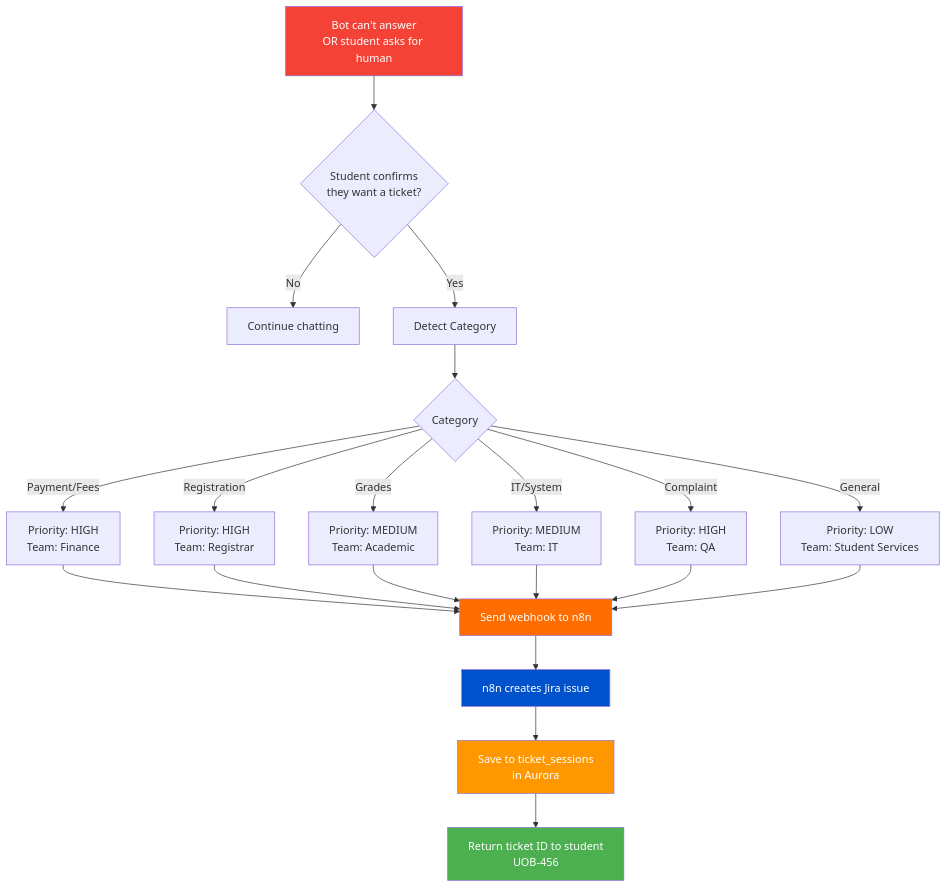
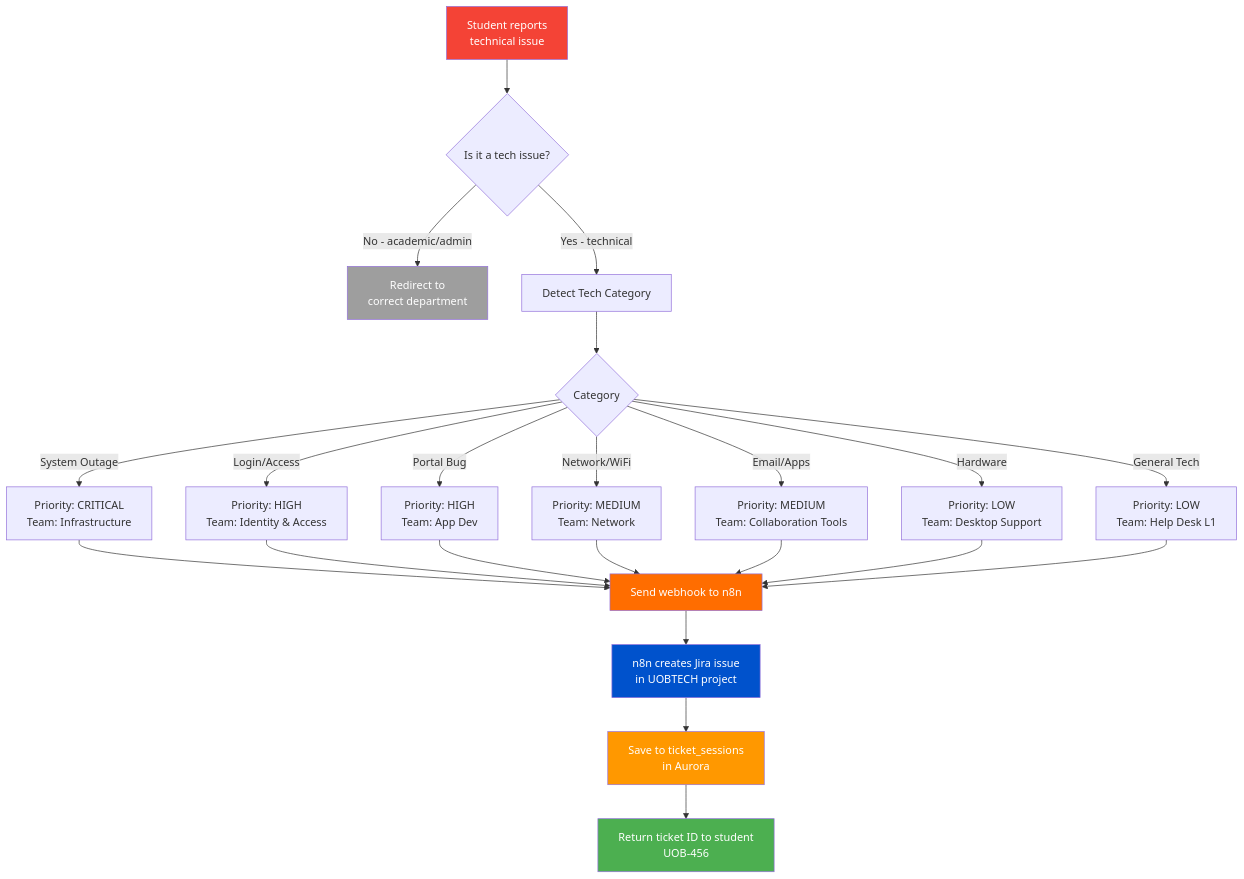
Before and after one commit to xAbdullaShaker/Jira-AI: the fifth of 13 diagrams in ARCHITECTURE.md, drawn with Mermaid. The commit also changed other lines of this file and 1 other file, not shown here.

First line of the commit message:
Refocus Jira integration as tech support ticketing system

````diff
--- a/ARCHITECTURE.md
+++ b/ARCHITECTURE.md
@@ -143,27 +143,29 @@
 ```mermaid
 flowchart TD
-    A[Bot can't answer\nOR student asks for human] --> B{Student confirms\nthey want a ticket?}
+    A[Student reports\ntechnical issue] --> B{Is it a tech issue?}
     
-    B -->|No| C[Continue chatting]
-    B -->|Yes| D[Detect Category]
+    B -->|No - academic/admin| C[Redirect to\ncorrect department]
+    B -->|Yes - technical| D[Detect Tech Category]
     
     D --> E{Category}
-    E -->|Payment/Fees| F[Priority: HIGH\nTeam: Finance]
-    E -->|Registration| G[Priority: HIGH\nTeam: Registrar]
-    E -->|Grades| H[Priority: MEDIUM\nTeam: Academic]
-    E -->|IT/System| I[Priority: MEDIUM\nTeam: IT]
-    E -->|Complaint| J[Priority: HIGH\nTeam: QA]
-    E -->|General| K[Priority: LOW\nTeam: Student Services]
+    E -->|System Outage| F[Priority: CRITICAL\nTeam: Infrastructure]
+    E -->|Login/Access| G[Priority: HIGH\nTeam: Identity & Access]
+    E -->|Portal Bug| H[Priority: HIGH\nTeam: App Dev]
+    E -->|Network/WiFi| I[Priority: MEDIUM\nTeam: Network]
+    E -->|Email/Apps| J[Priority: MEDIUM\nTeam: Collaboration Tools]
+    E -->|Hardware| K[Priority: LOW\nTeam: Desktop Support]
+    E -->|General Tech| L[Priority: LOW\nTeam: Help Desk L1]
     
-    F & G & H & I & J & K --> L[Send webhook to n8n]
+    F & G & H & I & J & K & L --> M[Send webhook to n8n]
     
-    L --> M[n8n creates Jira issue]
-    M --> N[Save to ticket_sessions\nin Aurora]
-    N --> O[Return ticket ID to student\nUOB-456]
+    M --> N[n8n creates Jira issue\nin UOBTECH project]
+    N --> O[Save to ticket_sessions\nin Aurora]
+    O --> P[Return ticket ID to student\nUOB-456]
 
     style A fill:#f44336,color:#fff
-    style L fill:#FF6D00,color:#fff
-    style M fill:#0052CC,color:#fff
-    style N fill:#FF9800,color:#fff
-    style O fill:#4CAF50,color:#fff
+    style C fill:#9E9E9E,color:#fff
+    style M fill:#FF6D00,color:#fff
+    style N fill:#0052CC,color:#fff
+    style O fill:#FF9800,color:#fff
+    style P fill:#4CAF50,color:#fff
 ```
````
